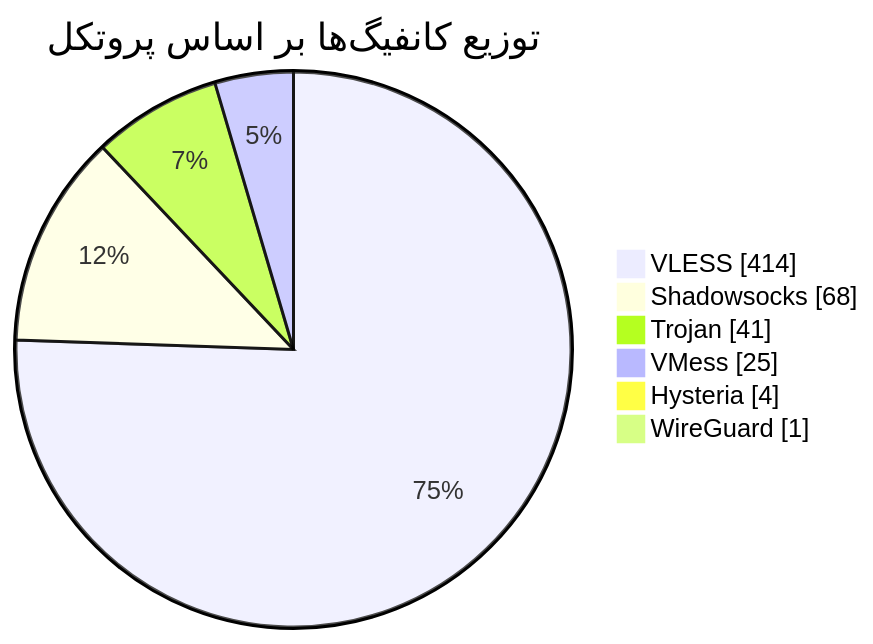
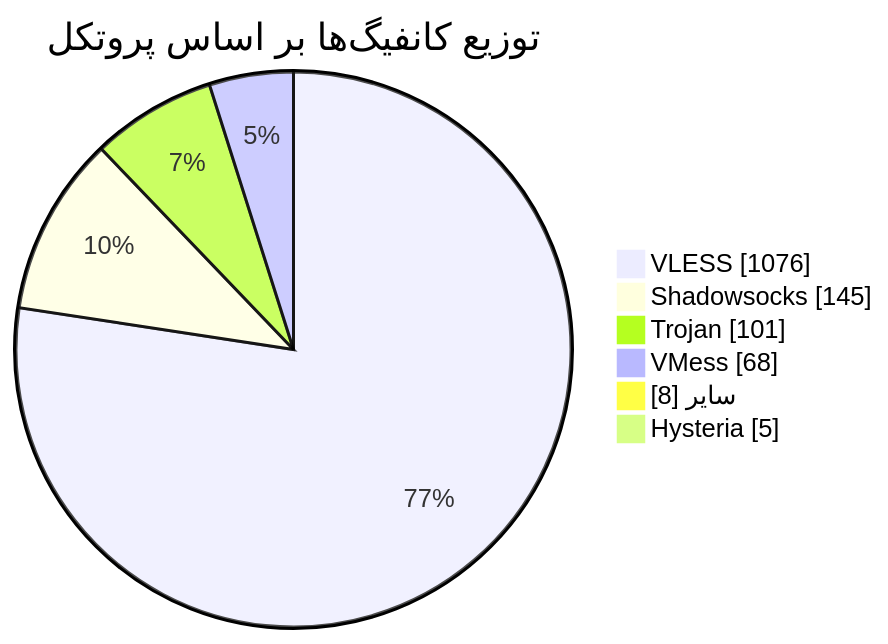
The diagram in README.md (Arian-Alijani/Somthing), drawn with Mermaid before and after one commit. The commit also changed other lines of this file and 109 other files, not shown here.

````diff
--- a/README.md
+++ b/README.md
@@ -48,10 +48,10 @@
 ```mermaid
 pie showData
     title توزیع کانفیگ‌ها بر اساس پروتکل
-    "VLESS" : 414
-    "Shadowsocks" : 68
-    "Trojan" : 41
-    "VMess" : 25
-    "Hysteria" : 4
-    "WireGuard" : 1
+    "VLESS" : 1076
+    "Shadowsocks" : 145
+    "Trojan" : 101
+    "VMess" : 68
+    "سایر" : 8
+    "Hysteria" : 5
 ```
````
